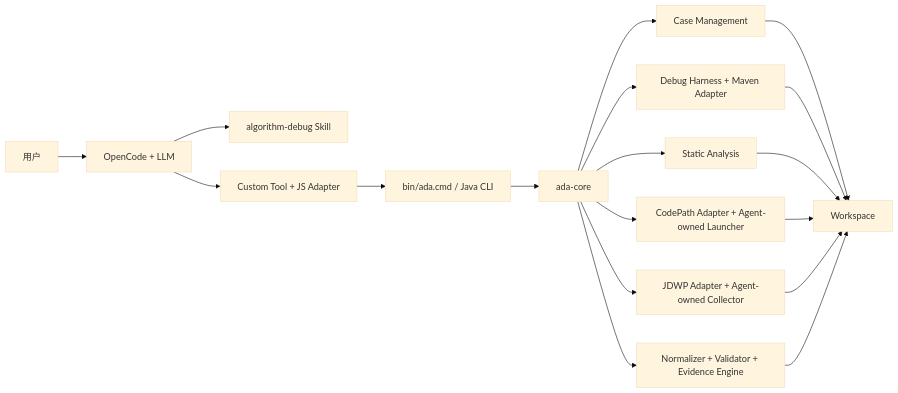
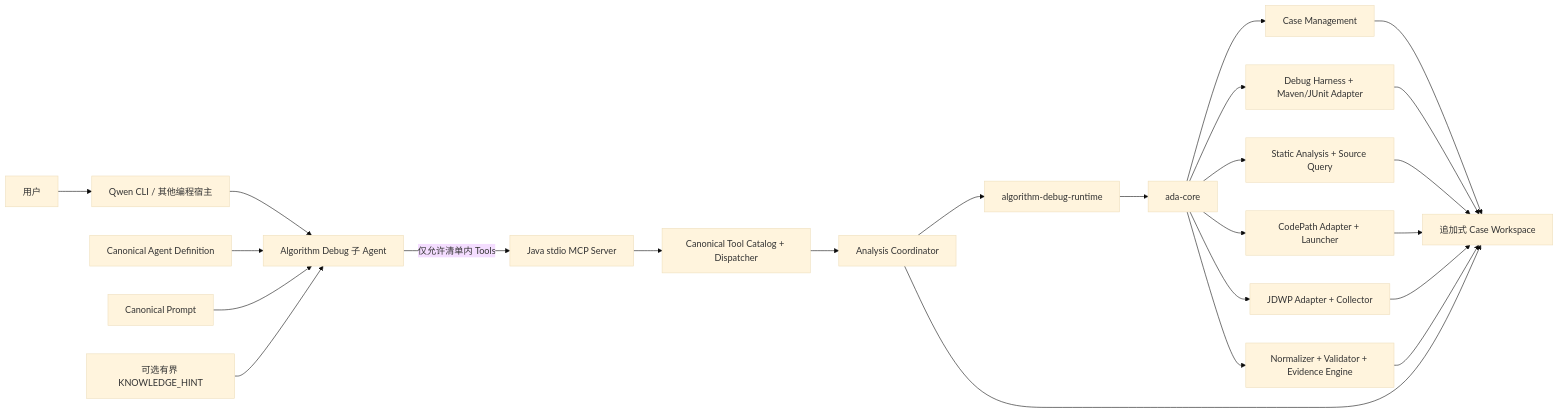
Before and after one commit to mh90901119-oss/algorithm-debug-agent: the first of 3 diagrams in docs/architecture/algorithm-debug-agent-module-detailed-design-v1.md, drawn with Mermaid (base theme). The commit also changed other lines of this file and 42 other files, not shown here.

````diff
--- a/docs/architecture/algorithm-debug-agent-module-detailed-design-v1.md
+++ b/docs/architecture/algorithm-debug-agent-module-detailed-design-v1.md
@@ -7,20 +7,26 @@
 ```mermaid
 flowchart LR
-    U["用户"] --> O["OpenCode + LLM"]
-    O --> S["algorithm-debug Skill"]
-    O --> T["Custom Tool + JS Adapter"]
-    T --> CLI["bin/ada.cmd / Java CLI"]
-    CLI --> CORE["ada-core"]
+    U["用户"] --> H["Qwen CLI / 其他编程宿主"]
+    H --> A["Algorithm Debug 子 Agent"]
+    D["Canonical Agent Definition"] --> A
+    P["Canonical Prompt"] --> A
+    K["可选有界 KNOWLEDGE_HINT"] --> A
+    A -->|"仅允许清单内 Tools"| M["Java stdio MCP Server"]
+    M --> C["Canonical Tool Catalog + Dispatcher"]
+    C --> CO["Analysis Coordinator"]
+    CO --> RT["algorithm-debug-runtime"]
+    RT --> CORE["ada-core"]
     CORE --> CASE["Case Management"]
-    CORE --> RUN["Debug Harness + Maven Adapter"]
-    CORE --> STATIC["Static Analysis"]
-    CORE --> CP["CodePath Adapter + Agent-owned Launcher"]
-    CORE --> JDWP["JDWP Adapter + Agent-owned Collector"]
+    CORE --> RUN["Debug Harness + Maven/JUnit Adapter"]
+    CORE --> STATIC["Static Analysis + Source Query"]
+    CORE --> CP["CodePath Adapter + Launcher"]
+    CORE --> JDWP["JDWP Adapter + Collector"]
     CORE --> E["Normalizer + Validator + Evidence Engine"]
-    CASE --> W["Workspace"]
+    CASE --> W["追加式 Case Workspace"]
     RUN --> W
     STATIC --> W
     CP --> W
     JDWP --> W
     E --> W
+    CO --> W
 ```
````
